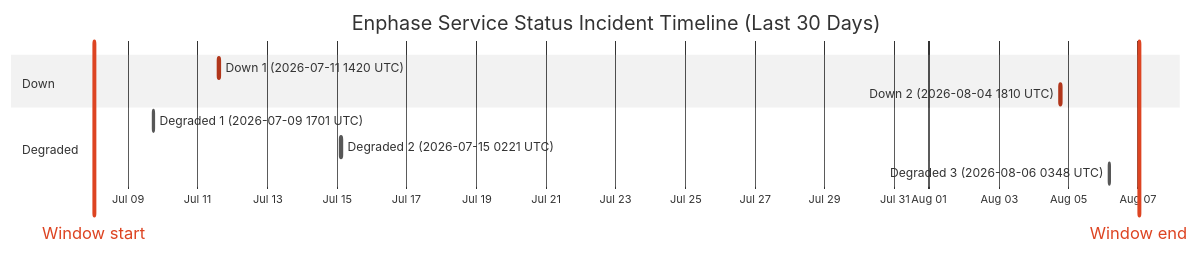
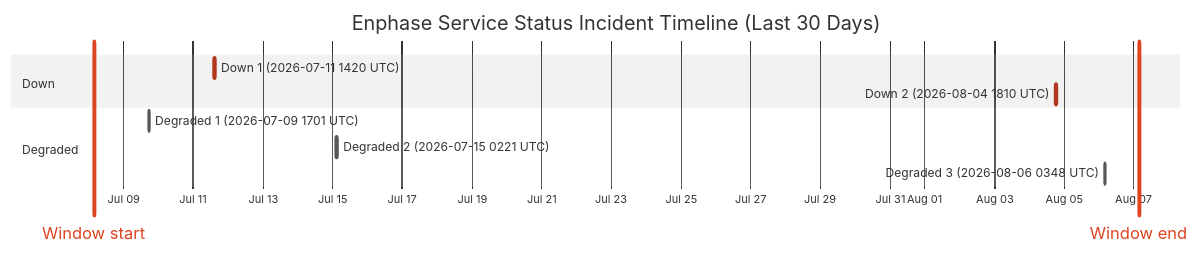
One commit to barneyonline/ha-enphase-energy changed the diagram in wiki/Service-Status-History.md. Above: the diagram before and after it, drawn with Mermaid (neutral theme). The commit also changed other lines of this file and 3 other files, not shown here.

````diff
--- a/wiki/Service-Status-History.md
+++ b/wiki/Service-Status-History.md
@@ -14,15 +14,15 @@
 ```mermaid
 gantt
     title Enphase Service Status Incident Timeline (Last 30 Days)
     dateFormat  YYYY-MM-DDTHH:mm:ss
     axisFormat  %b %d
-    Window start :vert, window-start, 2026-07-08T00:23:10, 0ms
-    Window end :vert, window-end, 2026-08-07T00:23:10, 0ms
+    Window start :vert, window-start, 2026-07-08T03:27:01, 0ms
+    Window end :vert, window-end, 2026-08-07T03:27:01, 0ms
     section Down
     Down 1 (2026-07-11 1420 UTC) :crit, down-1, 2026-07-11T14:20:54, 69m
     Down 2 (2026-08-04 1810 UTC) :crit, down-2, 2026-08-04T18:10:46, 60m
     section Degraded
     Degraded 1 (2026-07-09 1701 UTC) :active, degraded-1, 2026-07-09T17:01:02, 60m
     Degraded 2 (2026-07-15 0221 UTC) :active, degraded-2, 2026-07-15T02:21:35, 60m
     Degraded 3 (2026-08-06 0348 UTC) :active, degraded-3, 2026-08-06T03:48:14, 60m
 ```
````
